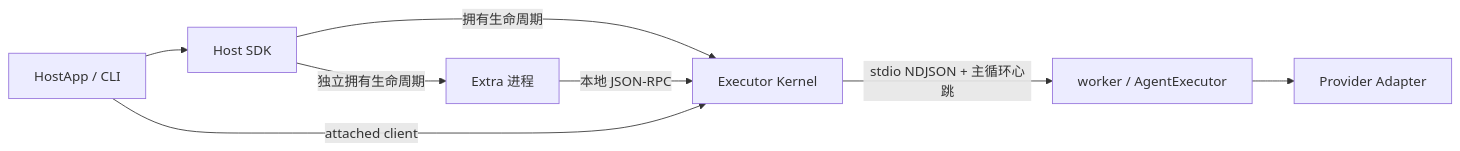
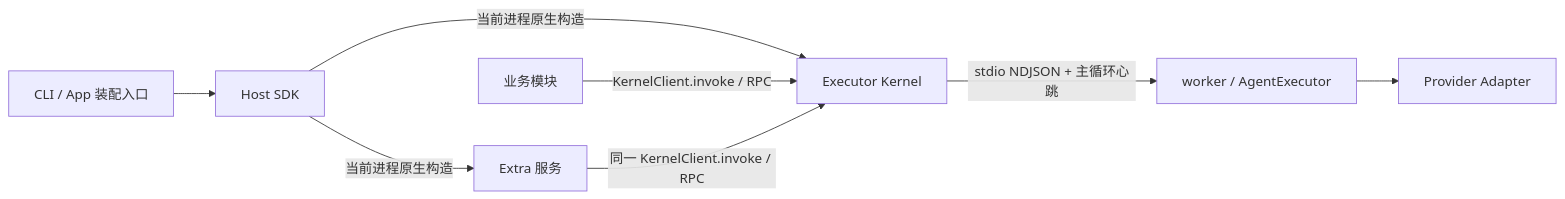
The diagram in README.md (Liuxy20/octo-runtime), drawn with Mermaid before and after one commit. The commit also changed other lines of this file and 88 other files, not shown here.

First line of the commit message:
refactor(sdk)!: construct native kernel and extra services (#74)

````diff
--- a/README.md
+++ b/README.md
@@ -7,10 +7,10 @@
 ```mermaid
 flowchart LR
-  App[HostApp / CLI] --> SDK[Host SDK]
-  SDK -->|拥有生命周期| K[Executor Kernel]
-  SDK -->|独立拥有生命周期| E[Extra 进程]
-  App -->|attached client| K
-  E -->|本地 JSON-RPC| K
+  App[CLI / App 装配入口] --> SDK[Host SDK]
+  SDK -->|当前进程原生构造| K[Executor Kernel]
+  SDK -->|当前进程原生构造| E[Extra 服务]
+  Business[业务模块] -->|KernelClient.invoke / RPC| K
+  E -->|同一 KernelClient.invoke / RPC| K
   K -->|stdio NDJSON + 主循环心跳| W[worker / AgentExecutor]
   W --> A[Provider Adapter]
 ```
````
